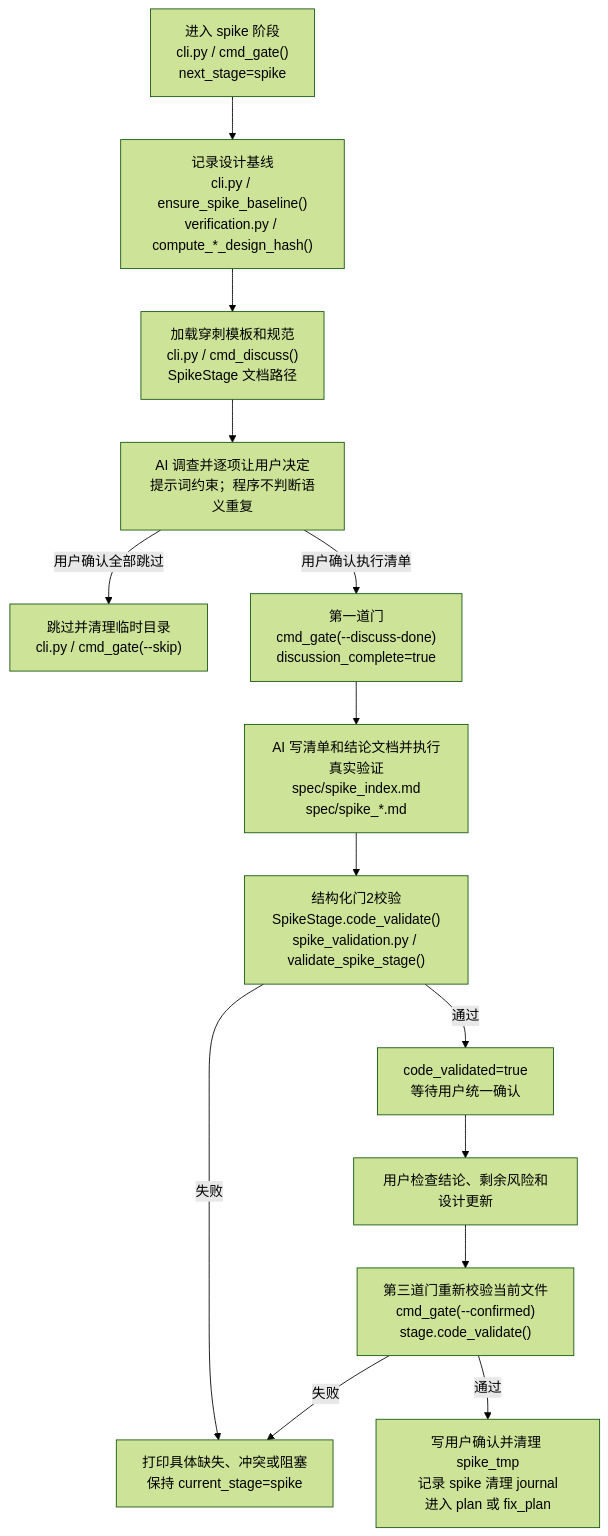
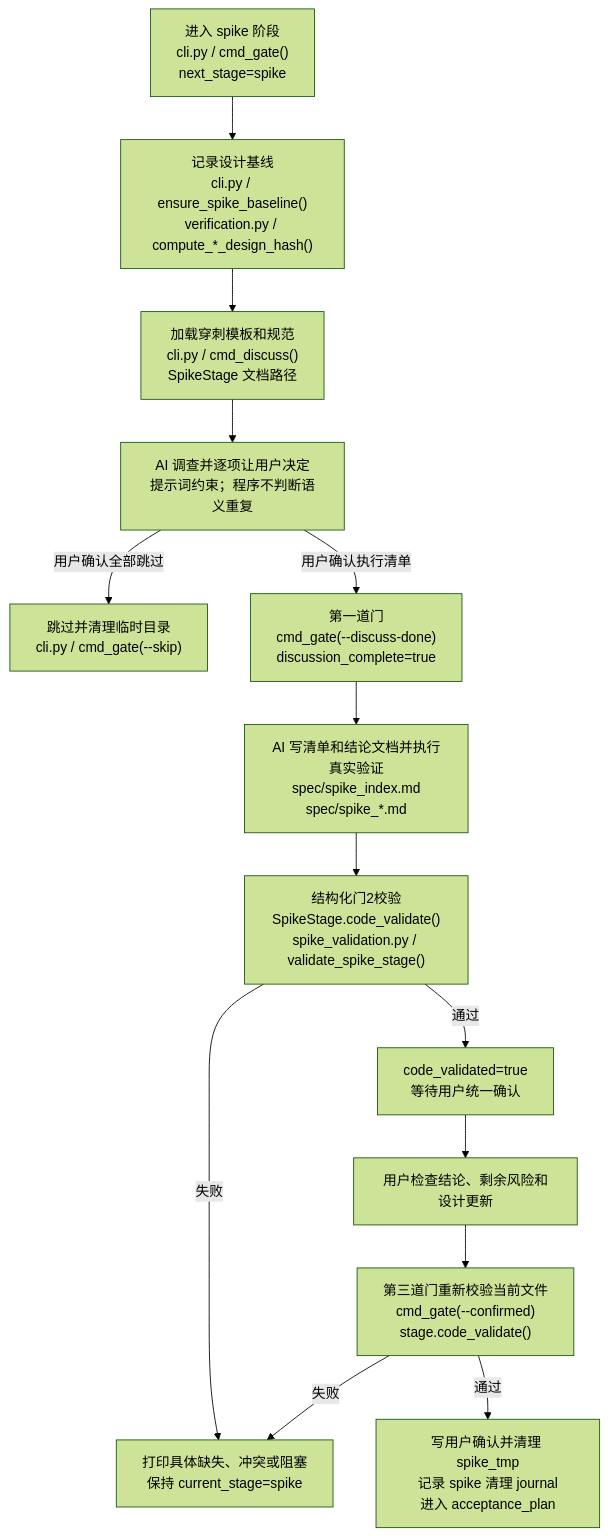
The sixth of 6 diagrams in spec/architecture_code_design.md (yuzyf/workflow_loop), drawn with Mermaid (forest theme) before and after one commit. The commit also changed other lines of this file and 60 other files, not shown here.

````diff
--- a/spec/architecture_code_design.md
+++ b/spec/architecture_code_design.md
@@ -366,16 +383,16 @@
 ```mermaid
 flowchart TD
     A["进入 spike 阶段<br/>cli.py / cmd_gate()<br/>next_stage=spike"] --> B["记录设计基线<br/>cli.py / ensure_spike_baseline()<br/>verification.py / compute_*_design_hash()"]
     B --> C["加载穿刺模板和规范<br/>cli.py / cmd_discuss()<br/>SpikeStage 文档路径"]
     C --> D["AI 调查并逐项让用户决定<br/>提示词约束；程序不判断语义重复"]
     D -->|用户确认全部跳过| E["跳过并清理临时目录<br/>cli.py / cmd_gate(--skip)"]
     D -->|用户确认执行清单| F["第一道门<br/>cmd_gate(--discuss-done)<br/>discussion_complete=true"]
     F --> G["AI 写清单和结论文档并执行真实验证<br/>spec/spike_index.md<br/>spec/spike_*.md"]
     G --> H["结构化门2校验<br/>SpikeStage.code_validate()<br/>spike_validation.py / validate_spike_stage()"]
     H -->|失败| I["打印具体缺失、冲突或阻塞<br/>保持 current_stage=spike"]
     H -->|通过| J["code_validated=true<br/>等待用户统一确认"]
     J --> K["用户检查结论、剩余风险和设计更新"]
     K --> M["第三道门重新校验当前文件<br/>cmd_gate(--confirmed)<br/>stage.code_validate()"]
     M -->|失败| I
-    M -->|通过| L["写用户确认并清理 spike_tmp<br/>记录 spike 清理 journal<br/>进入 plan 或 fix_plan"]
+    M -->|通过| L["写用户确认并清理 spike_tmp<br/>记录 spike 清理 journal<br/>进入 acceptance_plan"]
 ```
````
